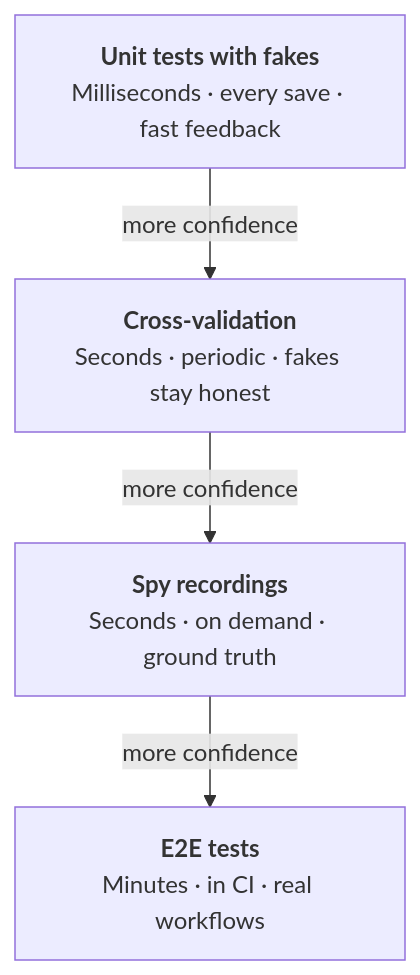
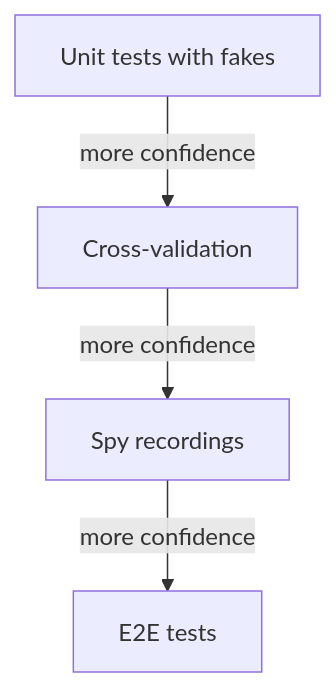
Before and after one commit to pavelpascari/sdf: the fifth of 5 diagrams in www/src/content/blog/testing-cli-tools-that-shell-out.mdx, drawn with Mermaid. The commit also changed other lines of this file and 2 other files, not shown here.

First line of the commit message:
Fix mermaid diagram text clipping on mobile

````diff
--- a/www/src/content/blog/testing-cli-tools-that-shell-out.mdx
+++ b/www/src/content/blog/testing-cli-tools-that-shell-out.mdx
@@ -536,11 +536,11 @@
 ```mermaid
 graph TD
-    U["<b>Unit tests with fakes</b><br/>Milliseconds · every save · fast feedback"]
-    CV["<b>Cross-validation</b><br/>Seconds · periodic · fakes stay honest"]
-    SPY["<b>Spy recordings</b><br/>Seconds · on demand · ground truth"]
-    E2E["<b>E2E tests</b><br/>Minutes · in CI · real workflows"]
+    U["Unit tests with fakes"]
+    CV["Cross-validation"]
+    SPY["Spy recordings"]
+    E2E["E2E tests"]
 
     U -->|"more confidence"| CV
     CV -->|"more confidence"| SPY
     SPY -->|"more confidence"| E2E
 ```
````
